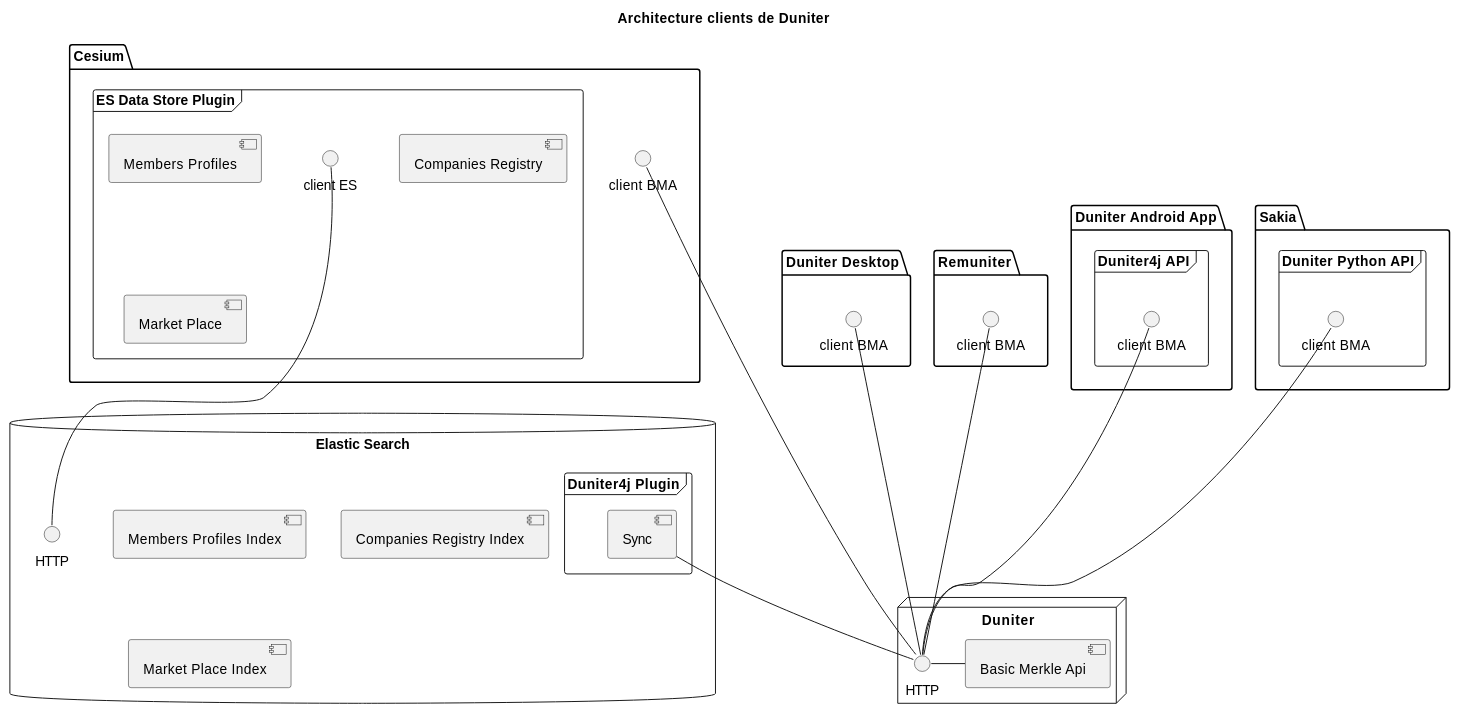
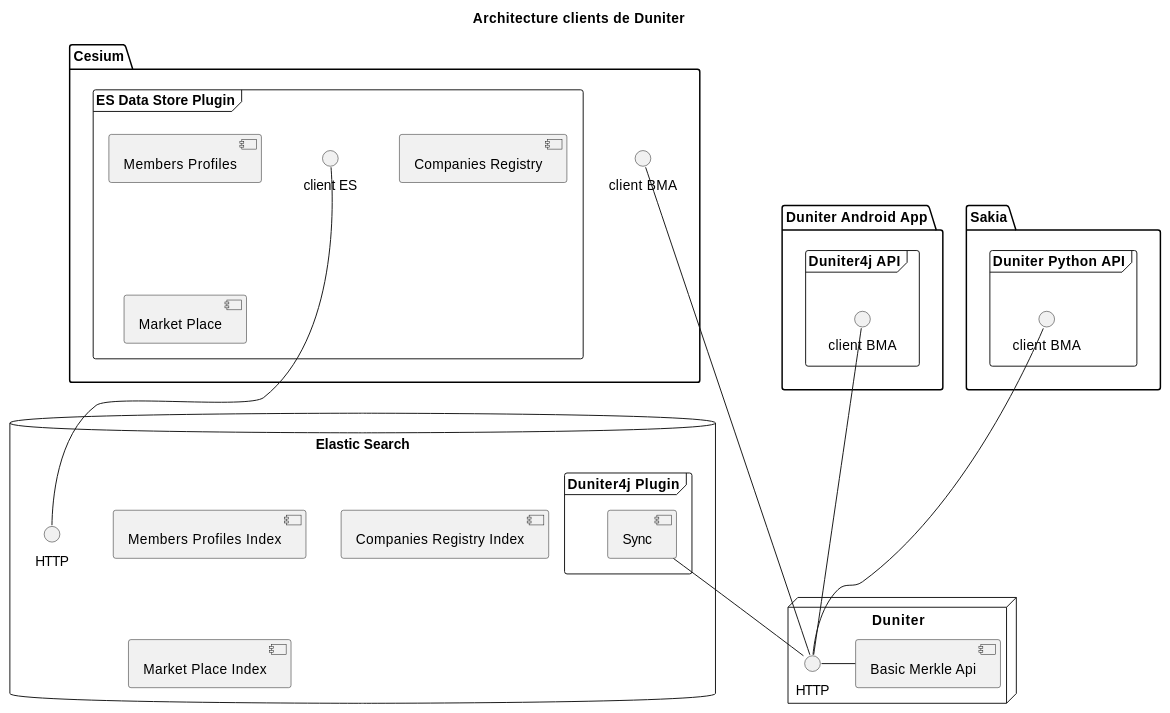
The diagram in content/pages/wiki/duniter/architecture.md (duniter/website_fr), drawn with PlantUML before and after one commit.

Commit message:
Duniter Desktop and Remuniter are not based on bma

```diff
--- a/content/pages/wiki/duniter/architecture.md
+++ b/content/pages/wiki/duniter/architecture.md
@@ -13,76 +13,62 @@
 @startuml
 
 title Architecture clients de Duniter
 
 node "Duniter" {
 
     interface "HTTP" as HTTP_duniter
 
     HTTP_duniter - [Basic Merkle Api]
 }
 
 database "Elastic Search" as ES {
 
     interface "HTTP" as HTTP_ES
 
     frame "Duniter4j Plugin" {
 
         [Sync] -- HTTP_duniter
     }
 
     [Members Profiles Index]
     [Companies Registry Index]
     [Market Place Index]
-}
-
-package "Duniter Desktop" {
-
-    interface "client BMA" as client_duniter_desktop
-
-    client_duniter_desktop --- HTTP_duniter
-}
-
-package "Remuniter" {
-
-    interface "client BMA" as client_remuniter
-
-    client_remuniter --- HTTP_duniter
 }
 
 
 package "Cesium" {
 
     interface "client BMA" as client_bma
 
     frame "ES Data Store Plugin" {
         interface "client ES" as client_es
 
         [Members Profiles]
         [Companies Registry]
         [Market Place]
         client_es --- HTTP_ES
     }
 
     client_bma -- HTTP_duniter
 
 }
 
 package "Duniter Android App" {
 
     frame "Duniter4j API" {
         interface "client BMA" as client_android_bma
 
         client_android_bma --- HTTP_duniter
     }
 }
 
 package "Sakia" {
 
     frame "Duniter Python API" {
         interface "client BMA" as client_sakia
 
         client_sakia --- HTTP_duniter
     }
 }
 
 @enduml
```
